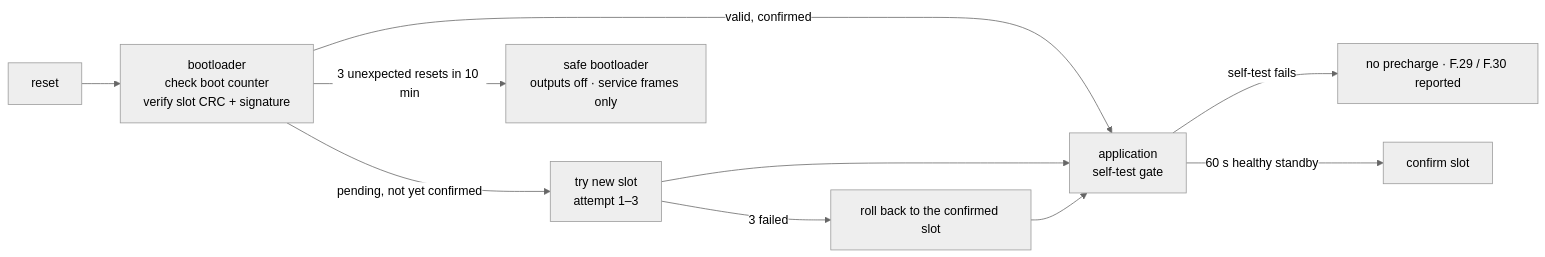
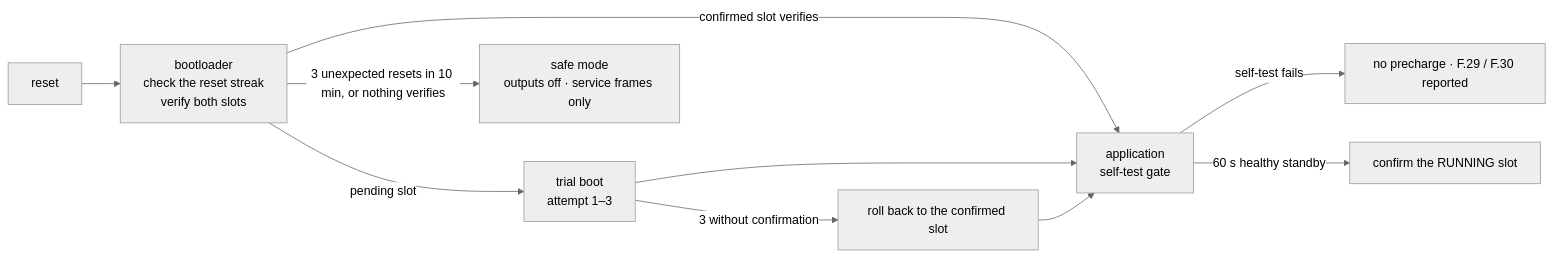
One commit to vectivolt/DC-Modules changed the fourth of 5 diagrams in docs/firmware-architecture.md. Above: the diagram before and after it, drawn with Mermaid (neutral theme). The commit also changed other lines of this file and 802 other files, not shown here.

````diff
--- a/docs/firmware-architecture.md
+++ b/docs/firmware-architecture.md
@@ -330,12 +293,12 @@
 ```mermaid
 flowchart LR
-  R["reset"] --> BL["bootloader<br/>check boot counter<br/>verify slot CRC + signature"]
-  BL -->|valid, confirmed| APP["application<br/>self-test gate"]
-  BL -->|pending, not yet confirmed| TRY["try new slot<br/>attempt 1–3"]
+  R["reset"] --> BL["bootloader<br/>check the reset streak<br/>verify both slots"]
+  BL -->|confirmed slot verifies| APP["application<br/>self-test gate"]
+  BL -->|pending slot| TRY["trial boot<br/>attempt 1–3"]
   TRY --> APP
-  TRY -->|3 failed| ROLL["roll back to the confirmed slot"]
+  TRY -->|3 without confirmation| ROLL["roll back to the confirmed slot"]
   ROLL --> APP
-  BL -->|3 unexpected resets in 10 min| SAFE["safe bootloader<br/>outputs off · service frames only"]
+  BL -->|3 unexpected resets in 10 min, or nothing verifies| SAFE["safe mode<br/>outputs off · service frames only"]
   APP -->|self-test fails| NOOUT["no precharge · F.29 / F.30 reported"]
-  APP -->|60 s healthy standby| CONF["confirm slot"]
+  APP -->|60 s healthy standby| CONF["confirm the RUNNING slot"]
 ```
````
